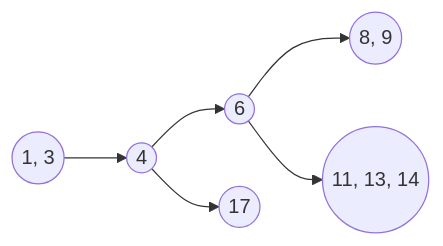
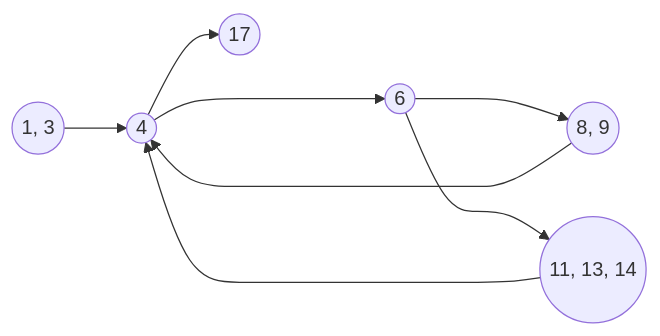
Before and after one commit to sd4483/Obsidian: the second of 2 diagrams in Software Testing/Labs/Lab 01.md, drawn with Mermaid. The commit also changed other lines of this file, not shown here.

````diff
--- a/Software Testing/Labs/Lab 01.md
+++ b/Software Testing/Labs/Lab 01.md
@@ -22,6 +22,7 @@
 ```mermaid
 flowchart LR
-	id1((1, 3)) --> id2((4)) --> id3((6)) --> id4((8, 9)) & id5((11, 13, 14))
-	id2((4)) --> id6((17))
-	
+	id1((1, 3)) --> id2((4)) ----> id3((6)) ---> id4((8, 9)) & id5((11, 13, 14))
+	id2 --> id6((17))
+	id5 --> id2
+	id4 --> id2
 ```
````
